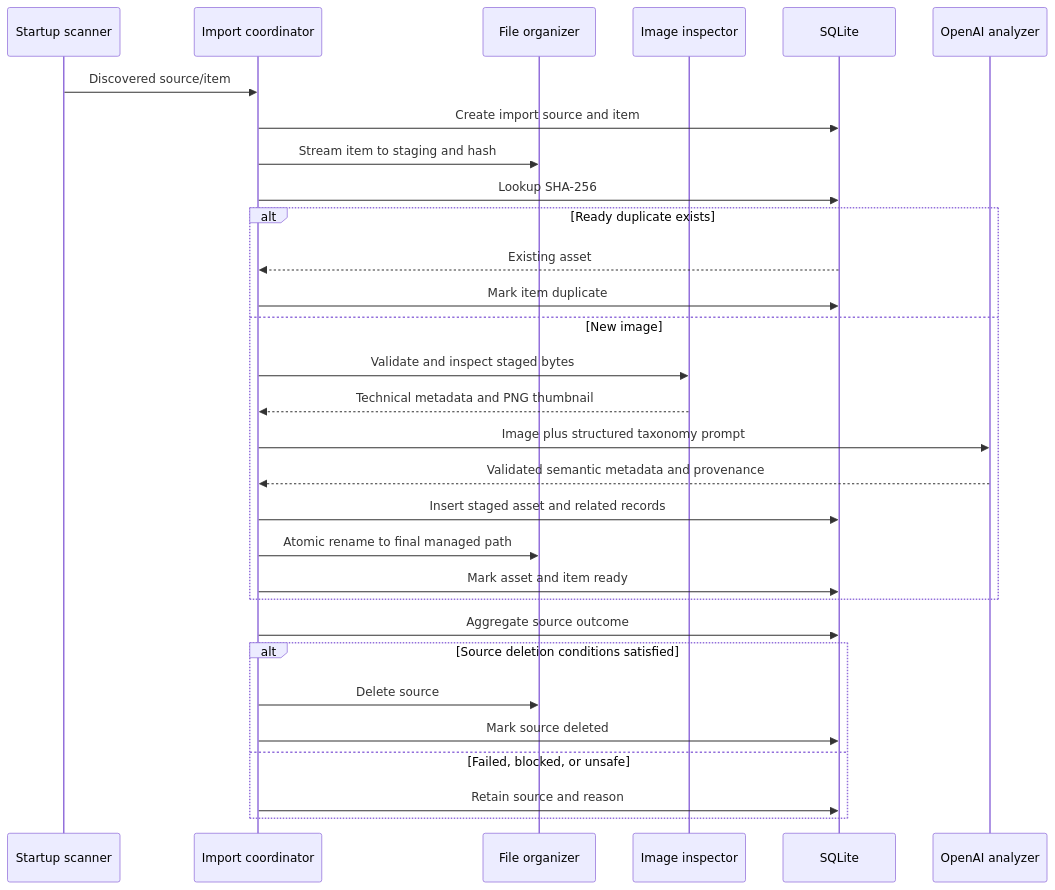
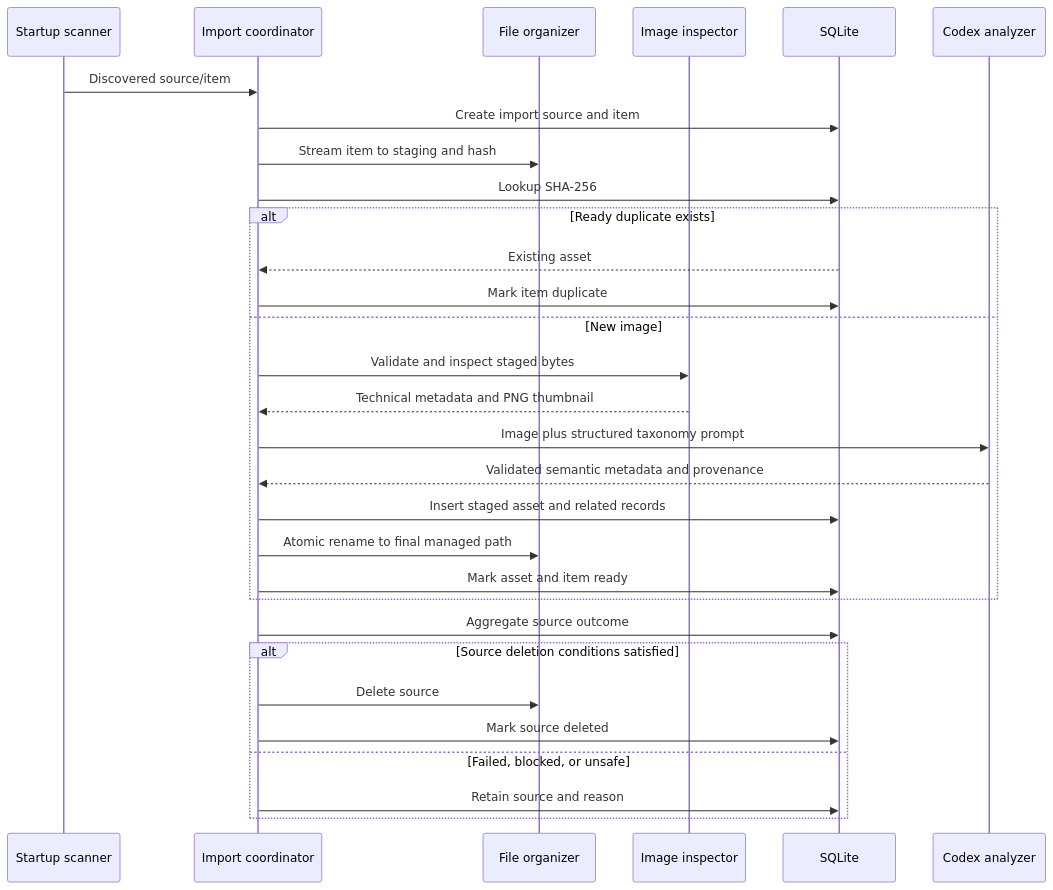
One commit to dfcut8/assets-library-manager changed the third of 4 diagrams in docs/software-design-document.md. Above: the diagram before and after it, drawn with Mermaid. The commit also changed other lines of this file and 15 other files, not shown here.

````diff
--- a/docs/software-design-document.md
+++ b/docs/software-design-document.md
@@ -389,33 +396,33 @@
 ```mermaid
 sequenceDiagram
     participant Scan as Startup scanner
     participant Import as Import coordinator
     participant FS as File organizer
     participant Inspect as Image inspector
     participant DB as SQLite
-    participant AI as OpenAI analyzer
+    participant AI as Codex analyzer
 
     Scan->>Import: Discovered source/item
     Import->>DB: Create import source and item
     Import->>FS: Stream item to staging and hash
     Import->>DB: Lookup SHA-256
     alt Ready duplicate exists
         DB-->>Import: Existing asset
         Import->>DB: Mark item duplicate
     else New image
         Import->>Inspect: Validate and inspect staged bytes
         Inspect-->>Import: Technical metadata and PNG thumbnail
         Import->>AI: Image plus structured taxonomy prompt
         AI-->>Import: Validated semantic metadata and provenance
         Import->>DB: Insert staged asset and related records
         Import->>FS: Atomic rename to final managed path
         Import->>DB: Mark asset and item ready
     end
     Import->>DB: Aggregate source outcome
     alt Source deletion conditions satisfied
         Import->>FS: Delete source
         Import->>DB: Mark source deleted
     else Failed, blocked, or unsafe
         Import->>DB: Retain source and reason
     end
 ```
````
